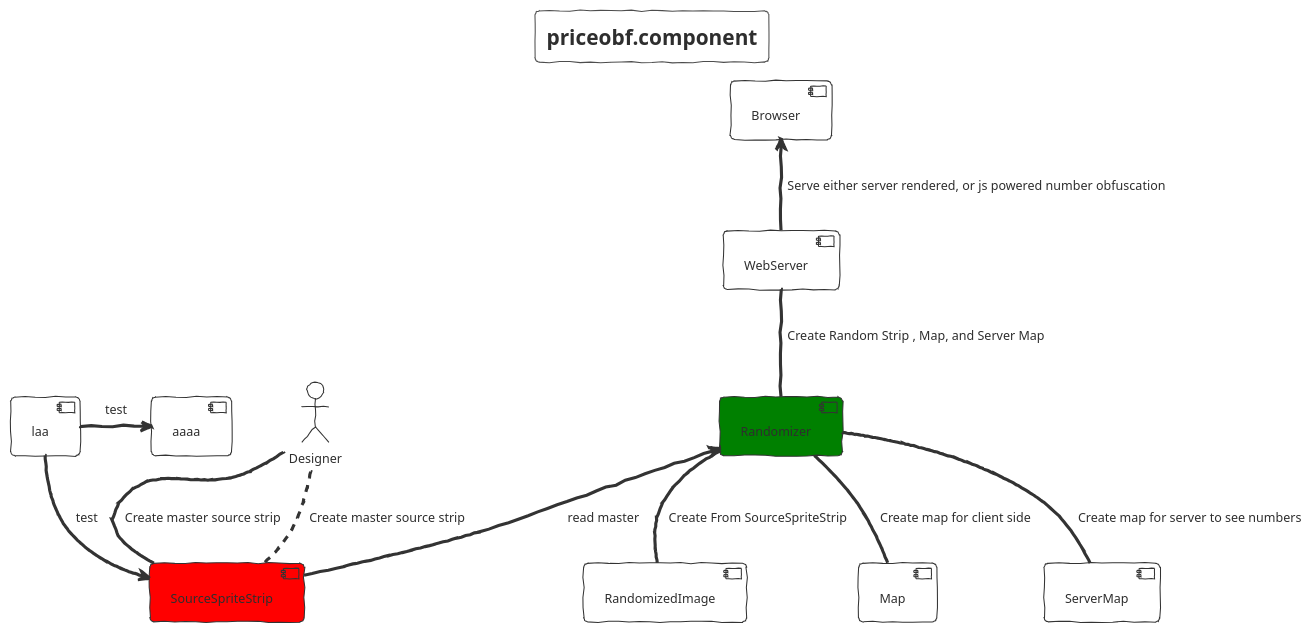
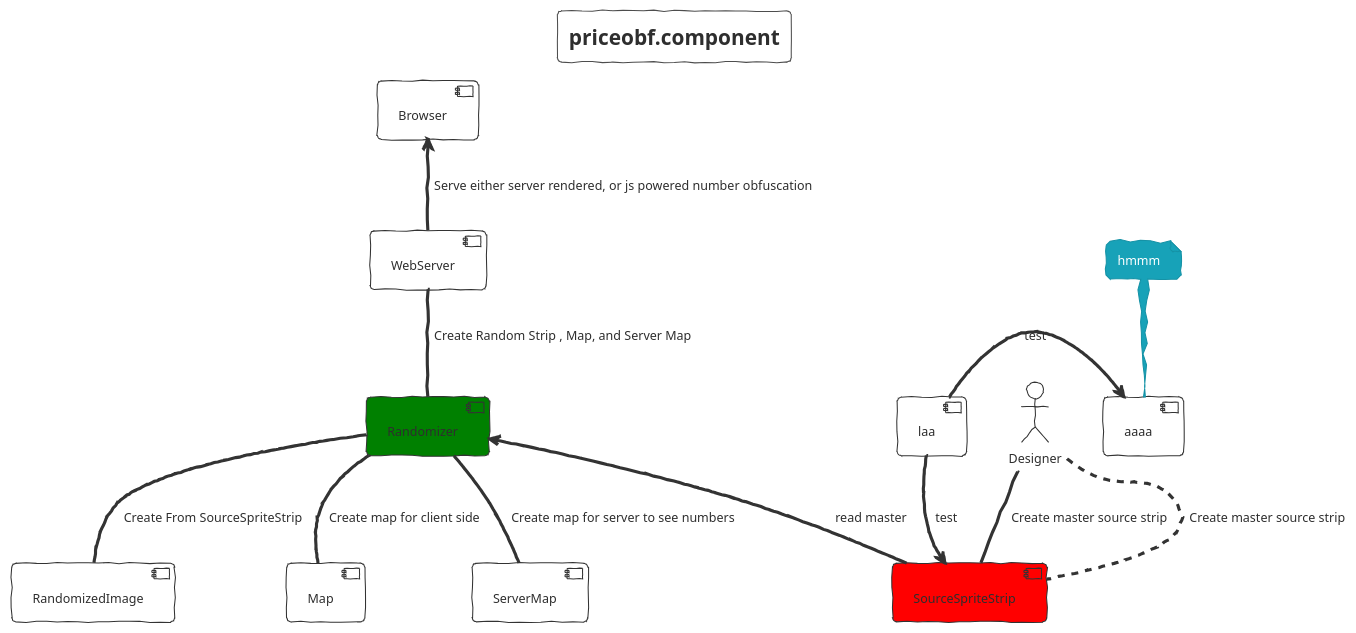
Before and after one commit to AnQueth/PlantUMLEditor: the diagram in testdocs/priceobf.component.puml, drawn with PlantUML. The commit also changed 5 other files, not shown here.

```diff
--- a/testdocs/priceobf.component.puml
+++ b/testdocs/priceobf.component.puml
@@ -1,25 +1,26 @@
 @startuml
 
 title priceobf.component
 !theme sketchy-outline
 
 component SourceSpriteStrip #red
 component Randomizer #green
 component RandomizedImage
 component Map
 component ServerMap
 component WebServer   
 component Browser
 actor Designer
 
 [laa] -> [aaaa] : test
+note top of [aaaa] : hmmm
 [laa] --> SourceSpriteStrip : test
 Designer - SourceSpriteStrip : Create master source strip
 Designer .. SourceSpriteStrip : Create master source strip
 Randomizer <-- SourceSpriteStrip : read master
 WebServer -- Randomizer : Create Random Strip , Map, and Server Map
 Randomizer -- RandomizedImage : Create From SourceSpriteStrip
 Randomizer -- Map : Create map for client side
 Randomizer -- ServerMap : Create map for server to see numbers
 Browser <-- WebServer : Serve either server rendered, or js powered number obfuscation
 @enduml
```
